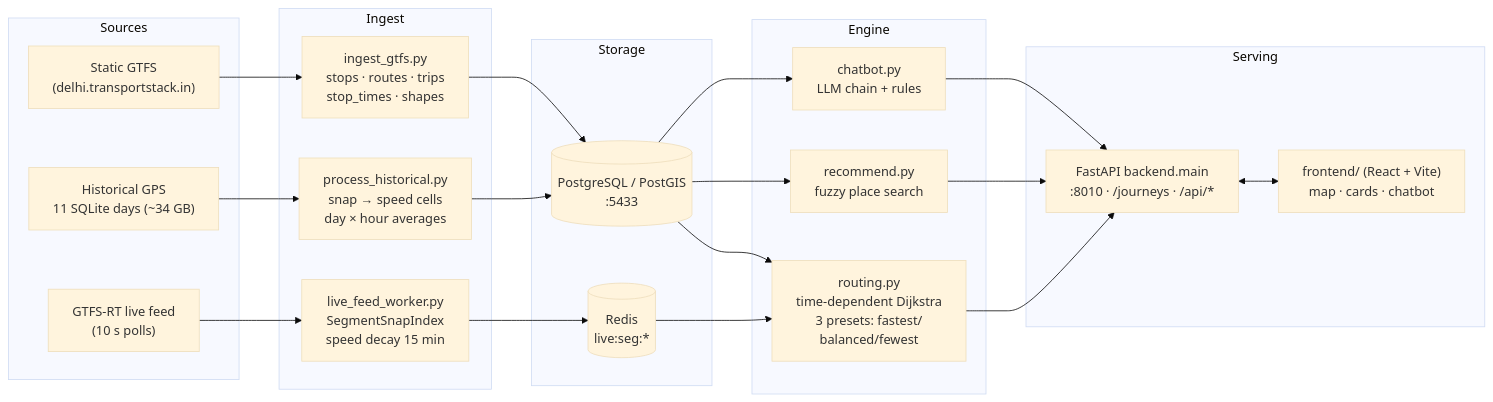
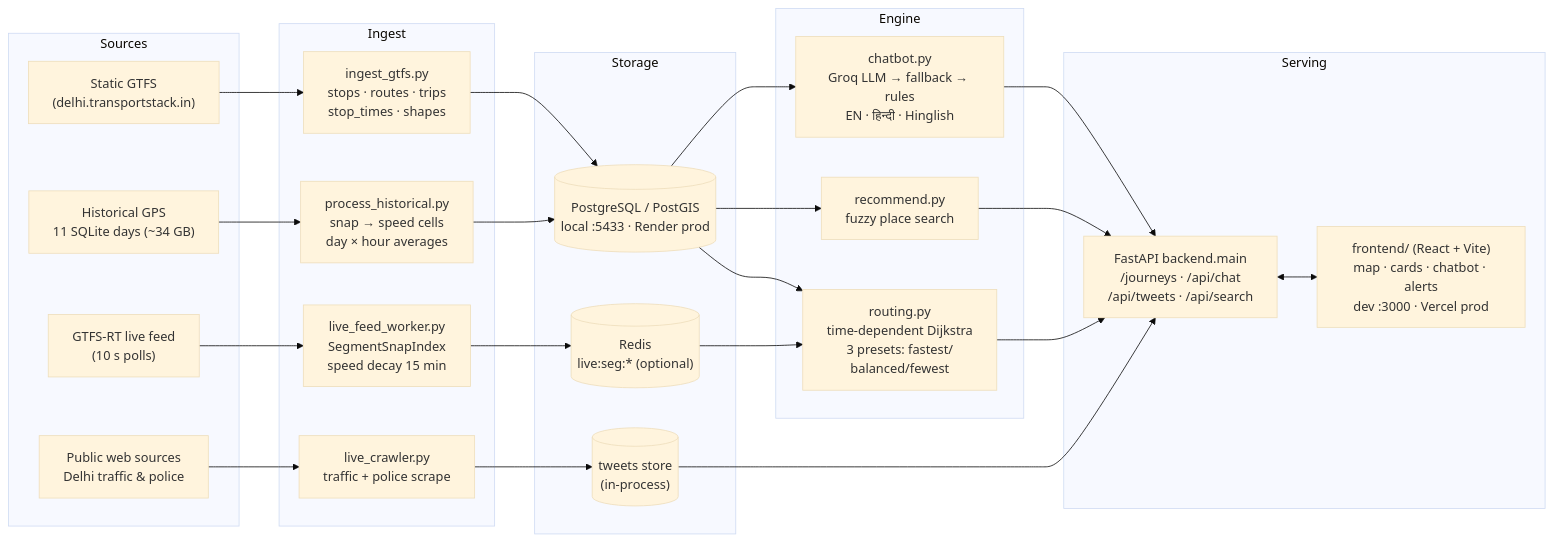
Before and after one commit to Youngmaster0304/commuttify: the first of 3 diagrams in README.md, drawn with Mermaid (base theme). The commit also changed other lines of this file and 2 other files, not shown here.

Commit message:
chat: render bot markdown in drawer; sync README with live crawler, Groq chain, deploy layout

````diff
--- a/README.md
+++ b/README.md
@@ -29,42 +31,47 @@
 ```mermaid
 flowchart LR
     subgraph Sources
         A1["Static GTFS<br/>(delhi.transportstack.in)"]
         A2["Historical GPS<br/>11 SQLite days (~34 GB)"]
         A3["GTFS-RT live feed<br/>(10 s polls)"]
+        A4["Public web sources<br/>Delhi traffic & police"]
     end
 
     subgraph Ingest
         B1["ingest_gtfs.py<br/>stops · routes · trips<br/>stop_times · shapes"]
         B2["process_historical.py<br/>snap → speed cells<br/>day × hour averages"]
         B3["live_feed_worker.py<br/>SegmentSnapIndex<br/>speed decay 15 min"]
+        B4["live_crawler.py<br/>traffic + police scrape"]
     end
 
     subgraph Storage
-        C1[("PostgreSQL / PostGIS<br/>:5433")]
-        C2[("Redis<br/>live:seg:*")]
+        C1[("PostgreSQL / PostGIS<br/>local :5433 · Render prod")]
+        C2[("Redis<br/>live:seg:* (optional)")]
+        C3[("tweets store<br/>(in-process)")]
     end
 
     subgraph Engine
         D1["routing.py<br/>time-dependent Dijkstra<br/>3 presets: fastest/<br/>balanced/fewest"]
         D2["recommend.py<br/>fuzzy place search"]
-        D3["chatbot.py<br/>LLM chain + rules"]
+        D3["chatbot.py<br/>Groq LLM → fallback → rules<br/>EN · हिन्दी · Hinglish"]
     end
 
     subgraph Serving
-        E1["FastAPI backend.main<br/>:8010 · /journeys · /api/*"]
-        E2["frontend/ (React + Vite)<br/>map · cards · chatbot"]
+        E1["FastAPI backend.main<br/>/journeys · /api/chat<br/>/api/tweets · /api/search"]
+        E2["frontend/ (React + Vite)<br/>map · cards · chatbot · alerts<br/>dev :3000 · Vercel prod"]
     end
 
     A1 --> B1 --> C1
     A2 --> B2 --> C1
     A3 --> B3 --> C2
+    A4 --> B4 --> C3
     C1 --> D1
     C2 --> D1
     C1 --> D2
     C1 --> D3
     D1 --> E1
     D2 --> E1
     D3 --> E1
+    C3 --> E1
     E1 <--> E2
 ```
````
